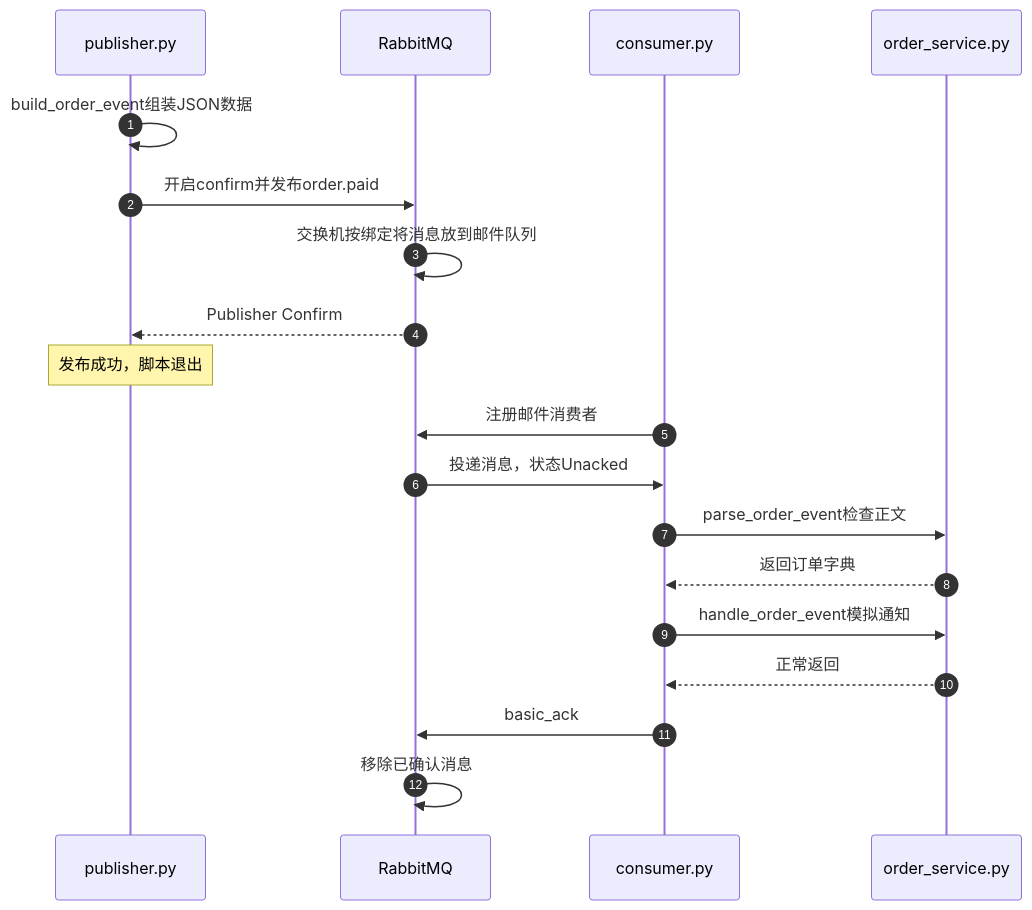
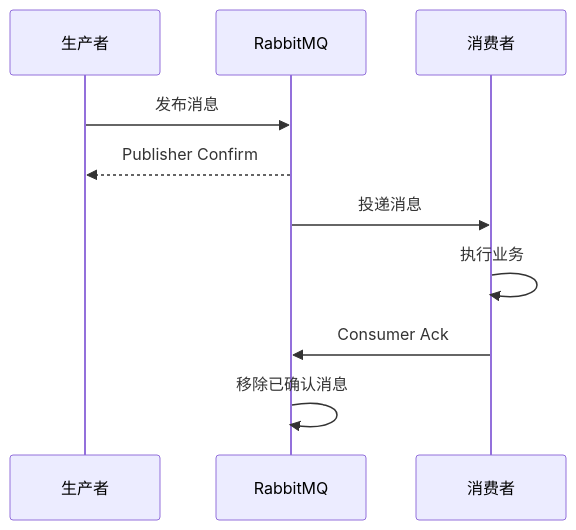
One commit to tianshiyang/ai-lab changed the eighth of 13 diagrams in rabbitMQ学习/README.md. Above: the diagram before and after it, drawn with Mermaid. The commit also changed other lines of this file and 2 other files, not shown here.

````diff
--- a/rabbitMQ学习/README.md
+++ b/rabbitMQ学习/README.md
@@ -738,21 +645,12 @@
 ```mermaid
 sequenceDiagram
-    autonumber
-    participant P as publisher.py
+    participant P as 生产者
     participant R as RabbitMQ
-    participant C as consumer.py
-    participant S as order_service.py
-    P->>P: build_order_event组装JSON数据
-    P->>R: 开启confirm并发布order.paid
-    R->>R: 交换机按绑定将消息放到邮件队列
+    participant C as 消费者
+    P->>R: 发布消息
     R-->>P: Publisher Confirm
-    Note over P: 发布成功，脚本退出
-    C->>R: 注册邮件消费者
-    R->>C: 投递消息，状态Unacked
-    C->>S: parse_order_event检查正文
-    S-->>C: 返回订单字典
-    C->>S: handle_order_event模拟通知
-    S-->>C: 正常返回
-    C->>R: basic_ack
+    R->>C: 投递消息
+    C->>C: 执行业务
+    C->>R: Consumer Ack
     R->>R: 移除已确认消息
 ```
````
